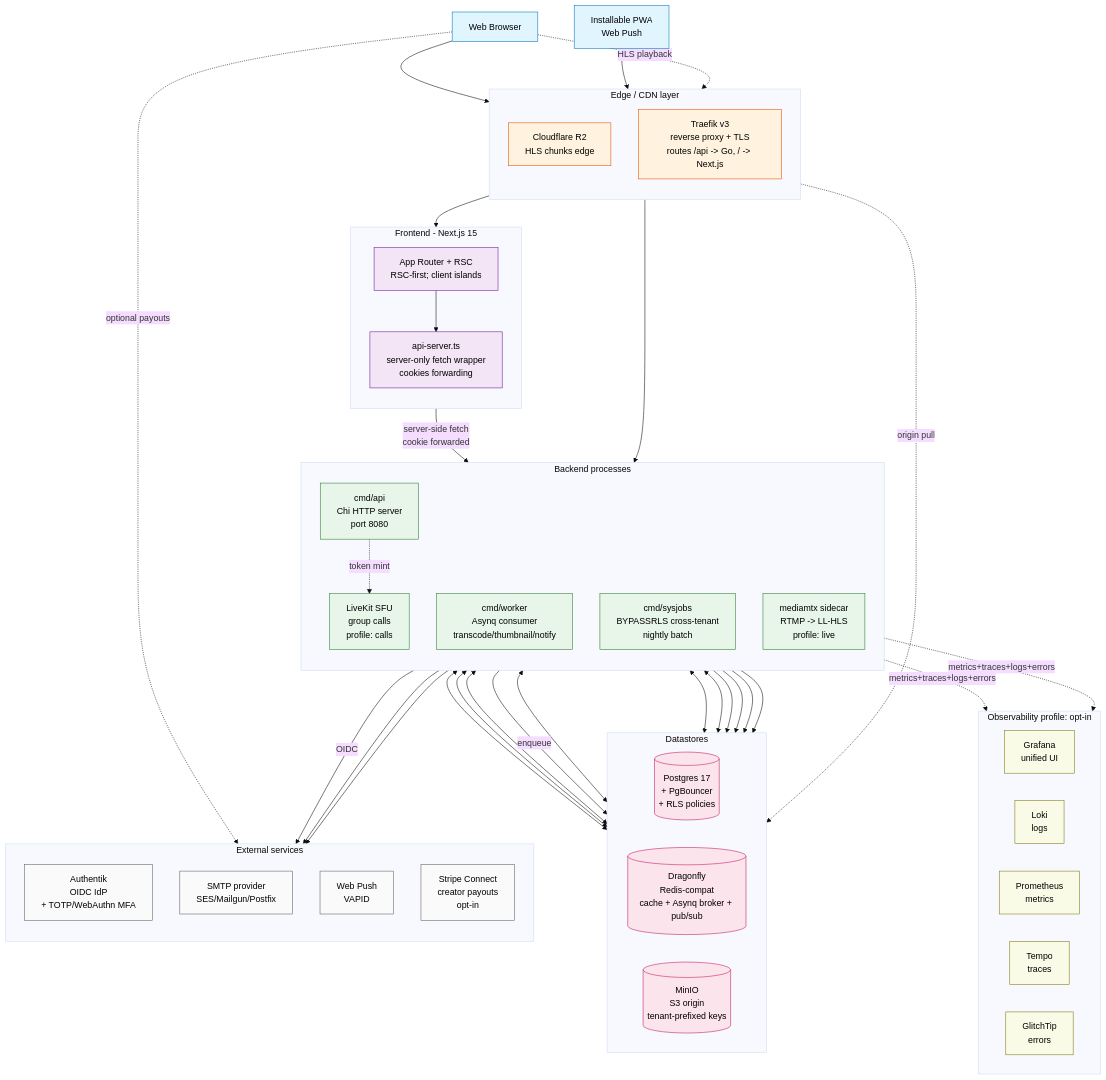
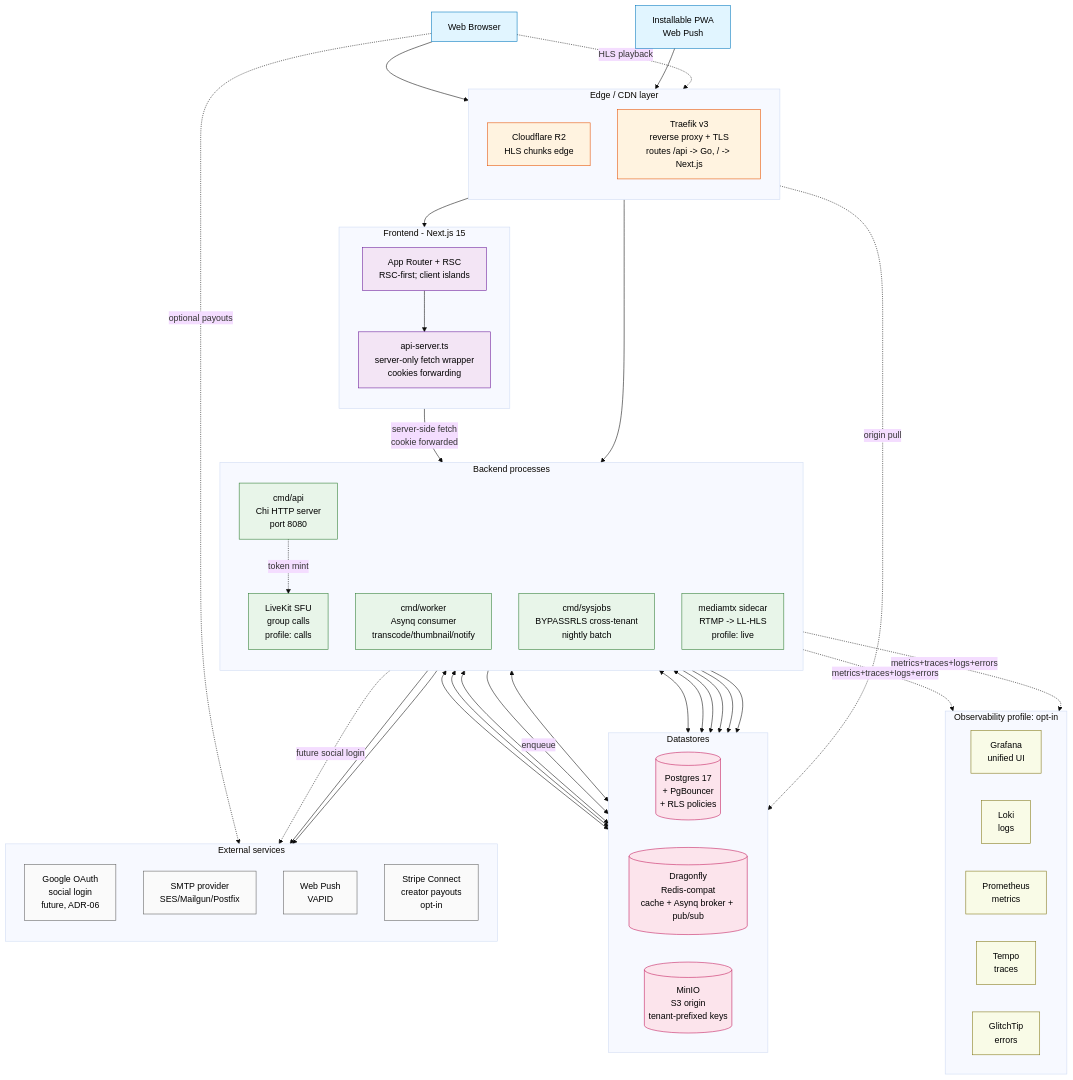
One commit to jackone2991/portal changed the first of 7 diagrams in doc/en/diagrams.md. Above: the diagram before and after it, drawn with Mermaid (base theme). The commit also changed other lines of this file and 50 other files, not shown here.

```diff
--- a/doc/en/diagrams.md
+++ b/doc/en/diagrams.md
@@ -61,7 +63,7 @@
 
     subgraph EXT[External services]
         direction TB
-        Authentik[Authentik<br/>OIDC IdP<br/>+ TOTP/WebAuthn MFA]:::external
+        GoogleOAuth[Google OAuth<br/>social login<br/>future, ADR-06]:::external
         SMTP[SMTP provider<br/>SES/Mailgun/Postfix]:::external
         WebPush[Web Push<br/>VAPID]:::external
         Stripe[Stripe Connect<br/>creator payouts<br/>opt-in]:::external
@@ -90,7 +92,7 @@
     CmdAPI <--> Dragonfly
     CmdAPI <--> MinIO
     CmdAPI -->|enqueue| Dragonfly
-    CmdAPI -->|OIDC| Authentik
+    CmdAPI -.future social login.-> GoogleOAuth
 
     CmdWorker <--> Dragonfly
     CmdWorker <--> PG
```
